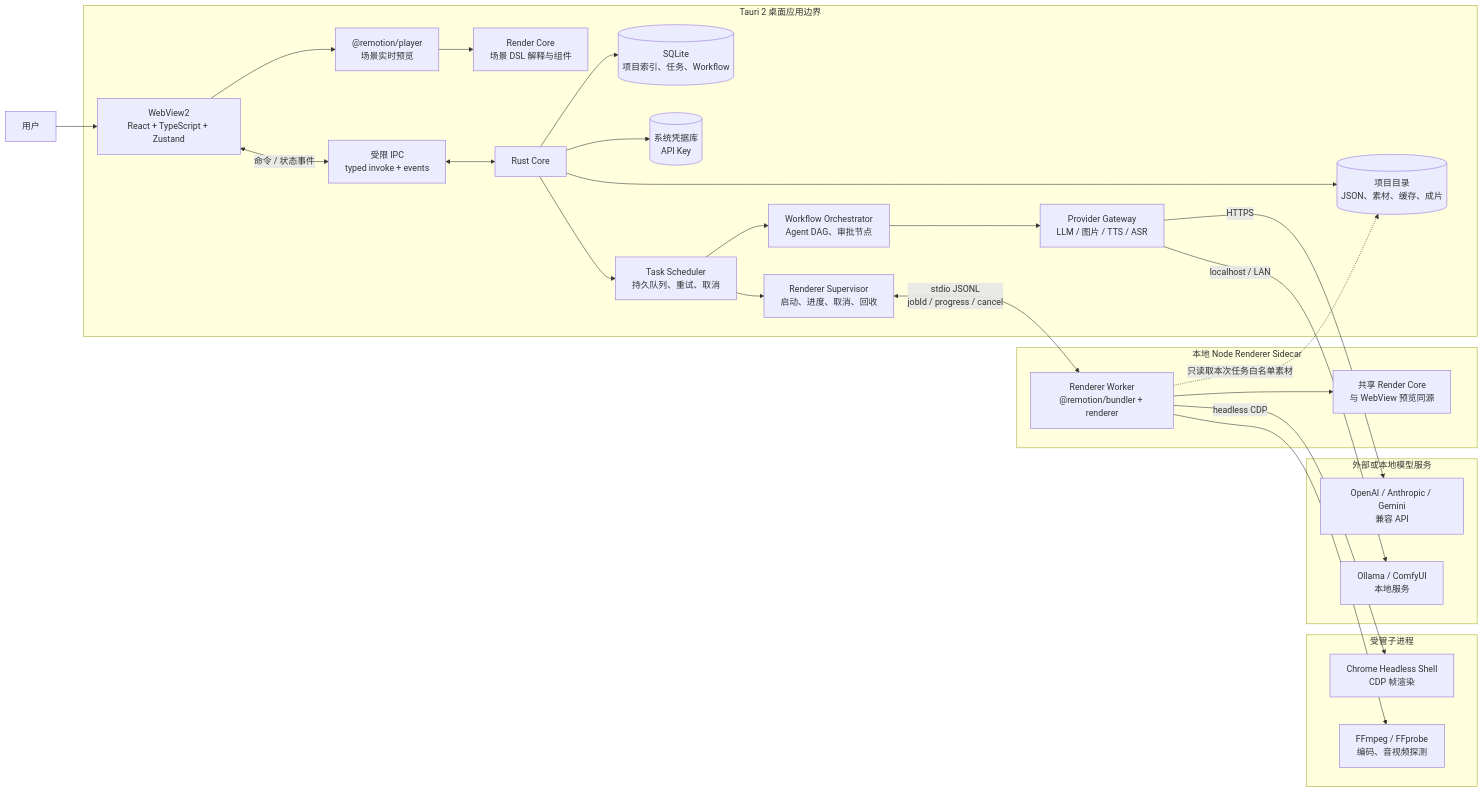
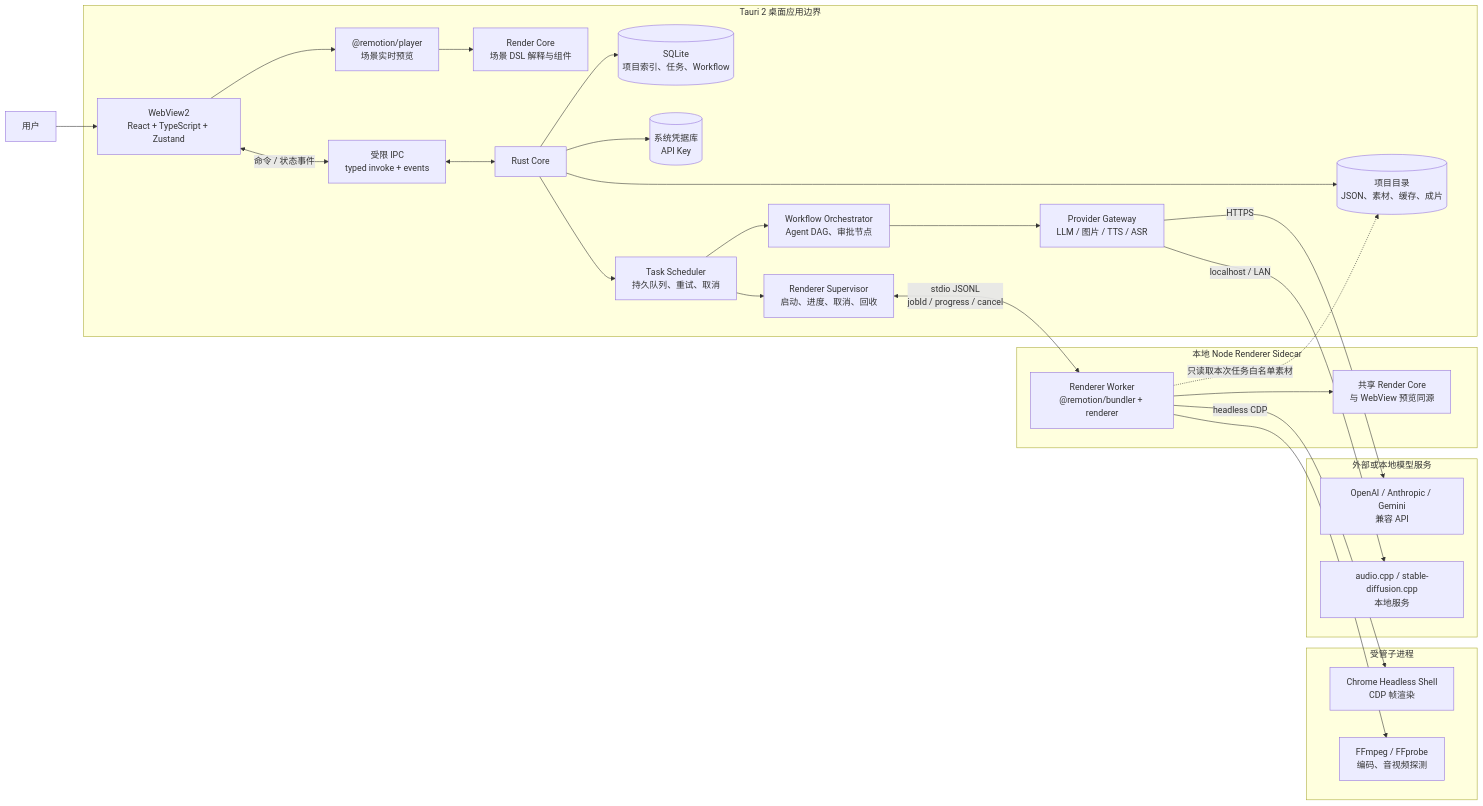
The first of 5 diagrams in docs/ARCHITECTURE.md (hadesgo/KnowMotion-AI-Studio), drawn with Mermaid before and after one commit. The commit also changed other lines of this file and 19 other files, not shown here.

````diff
--- a/docs/ARCHITECTURE.md
+++ b/docs/ARCHITECTURE.md
@@ -28,56 +28,56 @@
 ```mermaid
 flowchart LR
     User[用户] --> UI
 
     subgraph Desktop["Tauri 2 桌面应用边界"]
         UI["WebView2<br/>React + TypeScript + Zustand"]
         Player["@remotion/player<br/>场景实时预览"]
         Preview["Render Core<br/>场景 DSL 解释与组件"]
         UI --> Player
         Player --> Preview
 
         IPC["受限 IPC<br/>typed invoke + events"]
         Rust["Rust Core"]
         UI <-->|"命令 / 状态事件"| IPC
         IPC <--> Rust
 
         DB[("SQLite<br/>项目索引、任务、Workflow")]
         FS[("项目目录<br/>JSON、素材、缓存、成片")]
         Vault[("系统凭据库<br/>API Key")]
         Scheduler["Task Scheduler<br/>持久队列、重试、取消"]
         Workflow["Workflow Orchestrator<br/>Agent DAG、审批节点"]
         Providers["Provider Gateway<br/>LLM / 图片 / TTS / ASR"]
         Supervisor["Renderer Supervisor<br/>启动、进度、取消、回收"]
 
         Rust --> DB
         Rust --> FS
         Rust --> Vault
         Rust --> Scheduler
         Scheduler --> Workflow
         Workflow --> Providers
         Scheduler --> Supervisor
     end
 
     subgraph Renderer["本地 Node Renderer Sidecar"]
         Worker["Renderer Worker<br/>@remotion/bundler + renderer"]
         Shared["共享 Render Core<br/>与 WebView 预览同源"]
         Worker --> Shared
     end
 
     subgraph RenderRuntime["受管子进程"]
         Chromium["Chrome Headless Shell<br/>CDP 帧渲染"]
         FFmpeg["FFmpeg / FFprobe<br/>编码、音视频探测"]
     end
 
     subgraph External["外部或本地模型服务"]
         Cloud["OpenAI / Anthropic / Gemini<br/>兼容 API"]
-        LocalAI["Ollama / ComfyUI<br/>本地服务"]
+        LocalAI["audio.cpp / stable-diffusion.cpp<br/>本地服务"]
     end
 
     Supervisor <-->|"stdio JSONL<br/>jobId / progress / cancel"| Worker
     Worker -->|"headless CDP"| Chromium
     Worker --> FFmpeg
     Providers -->|"HTTPS"| Cloud
     Providers -->|"localhost / LAN"| LocalAI
     Worker -.->|"只读取本次任务白名单素材"| FS
 ```
````
